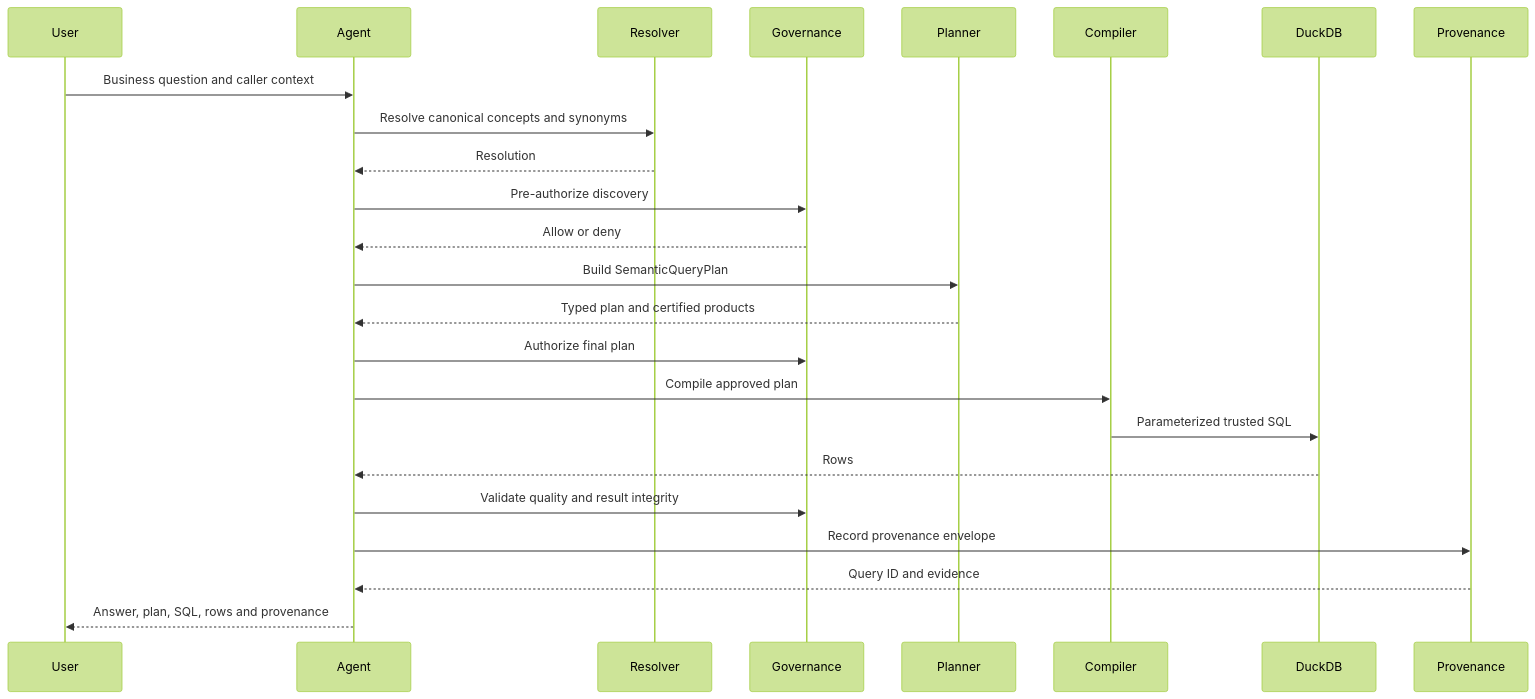
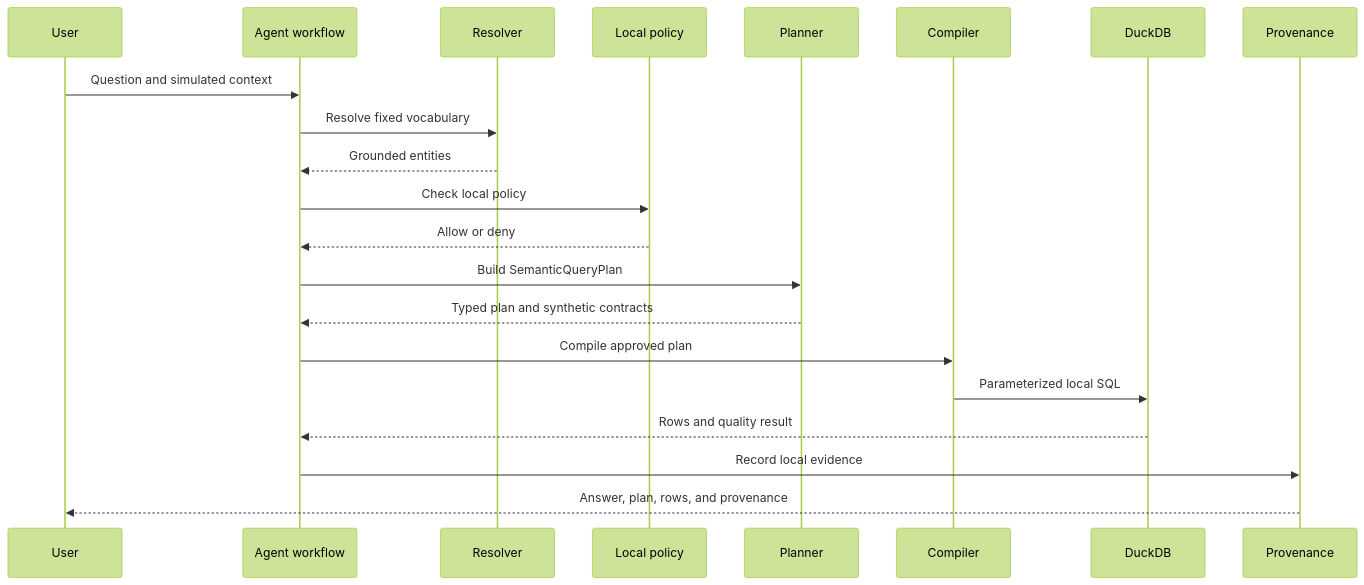
One commit to Sugumaran-Balasubramaniyan/enterprise-agentic-semantic-layer changed the diagram in docs/agent-architecture.md. Above: the diagram before and after it, drawn with Mermaid (forest theme). The commit also changed other lines of this file and 19 other files, not shown here.

````diff
--- a/docs/agent-architecture.md
+++ b/docs/agent-architecture.md
@@ -8,26 +8,23 @@
 ```mermaid
 sequenceDiagram
     participant U as User
-    participant A as Agent
+    participant A as Agent workflow
     participant R as Resolver
-    participant G as Governance
+    participant G as Local policy
     participant P as Planner
     participant C as Compiler
     participant D as DuckDB
     participant T as Provenance
-    U->>A: Business question and caller context
-    A->>R: Resolve canonical concepts and synonyms
-    R-->>A: Resolution
-    A->>G: Pre-authorize discovery
+    U->>A: Question and simulated context
+    A->>R: Resolve fixed vocabulary
+    R-->>A: Grounded entities
+    A->>G: Check local policy
     G-->>A: Allow or deny
     A->>P: Build SemanticQueryPlan
-    P-->>A: Typed plan and certified products
-    A->>G: Authorize final plan
+    P-->>A: Typed plan and synthetic contracts
     A->>C: Compile approved plan
-    C->>D: Parameterized trusted SQL
-    D-->>A: Rows
-    A->>G: Validate quality and result integrity
-    A->>T: Record provenance envelope
-    T-->>A: Query ID and evidence
-    A-->>U: Answer, plan, SQL, rows and provenance
+    C->>D: Parameterized local SQL
+    D-->>A: Rows and quality result
+    A->>T: Record local evidence
+    T-->>U: Answer, plan, rows, and provenance
 ```
````
